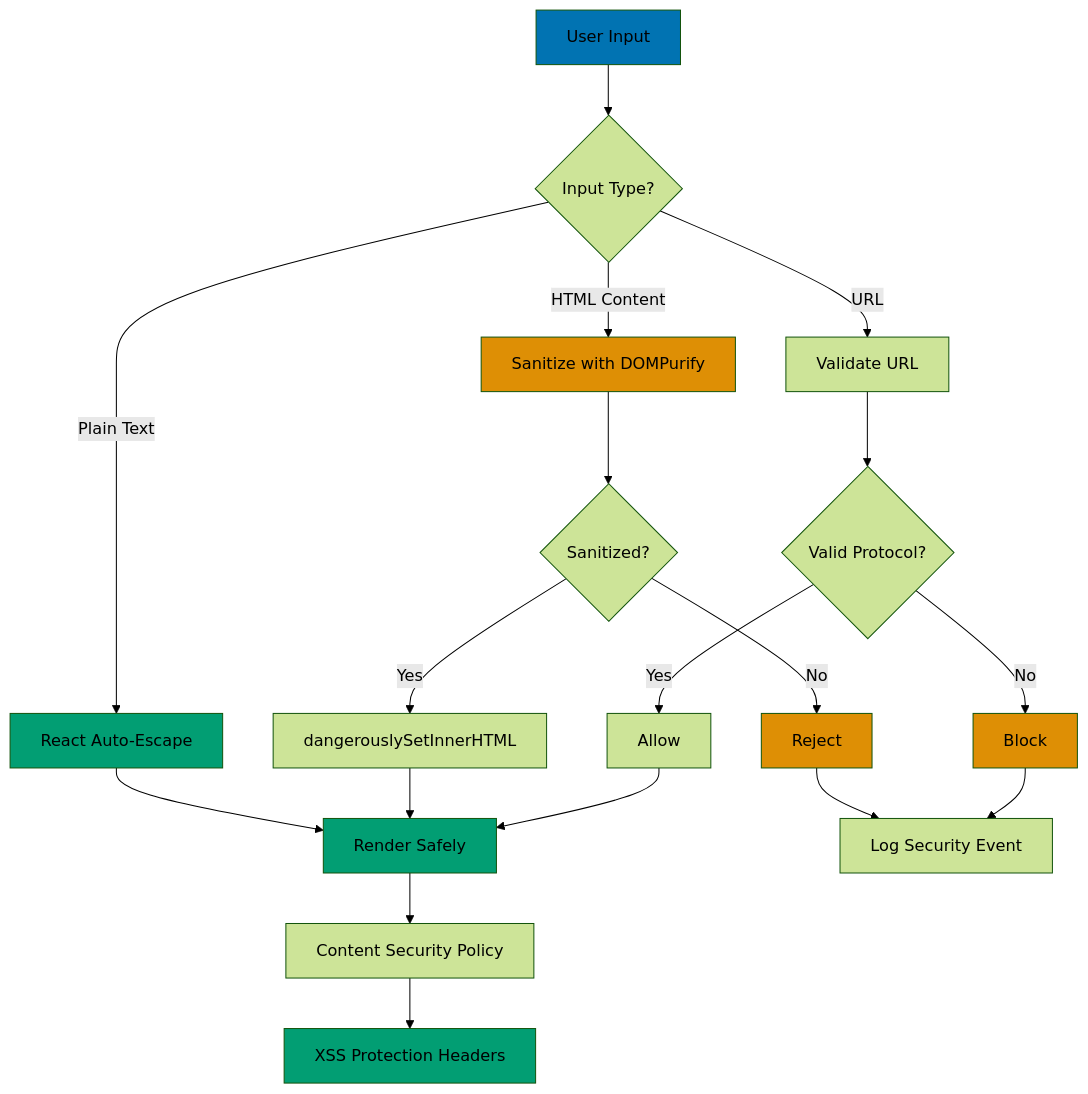
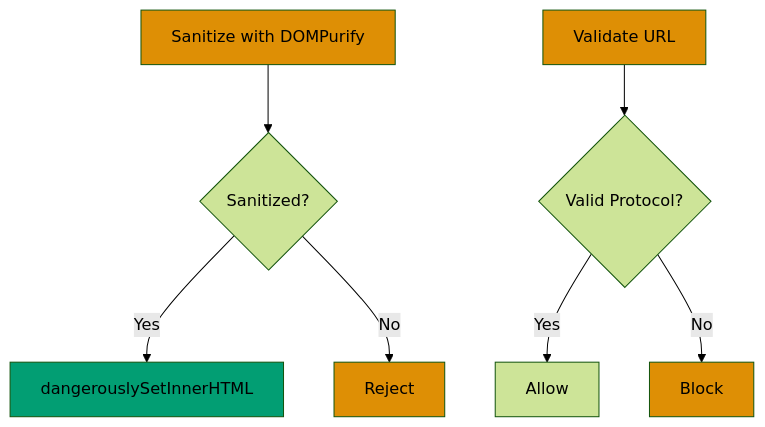
One commit to wahidyankf/ose-primer changed the second of 3 diagrams in docs/explanation/software-engineering/platform-web/tools/fe-react/security.md. Above: the diagram before and after it, drawn with Mermaid (forest theme). The commit also changed 7 other files, not shown here.

Commit message:
fix(docs): fix mermaid violations in fe-react/ docs (batch 6/10)

````diff
--- a/docs/explanation/software-engineering/platform-web/tools/fe-react/security.md
+++ b/docs/explanation/software-engineering/platform-web/tools/fe-react/security.md
@@ -42,38 +59,18 @@
 ```mermaid
 %% Color Palette: Blue #0173B2, Orange #DE8F05, Teal #029E73, Purple #CC78BC
 %% All colors are color-blind friendly and meet WCAG AA contrast standards
 
 graph TD
-    A[User Input] --> B{Input Type?}
-
-    B -->|Plain Text| C[React Auto-Escape]
-    B -->|HTML Content| D[Sanitize with DOMPurify]
-    B -->|URL| E[Validate URL]
-
-    C --> F[Render Safely]
-
-    D --> G{Sanitized?}
+    D2[Sanitize with DOMPurify] --> G{Sanitized?}
     G -->|Yes| H[dangerouslySetInnerHTML]
     G -->|No| I[Reject]
-
-    E --> J{Valid Protocol?}
+    E2[Validate URL] --> J{Valid Protocol?}
     J -->|Yes| K[Allow]
     J -->|No| L[Block]
 
-    H --> F
-    K --> F
-
-    I --> M[Log Security Event]
-    L --> M
-
-    F --> N[Content Security Policy]
-    N --> O[XSS Protection Headers]
-
-    style A fill:#0173B2
-    style C fill:#029E73
-    style D fill:#DE8F05
-    style F fill:#029E73
+    style D2 fill:#DE8F05
+    style H fill:#029E73
     style I fill:#DE8F05
+    style E2 fill:#DE8F05
     style L fill:#DE8F05
-    style O fill:#029E73
 ```
````
